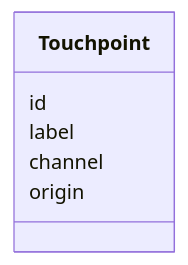
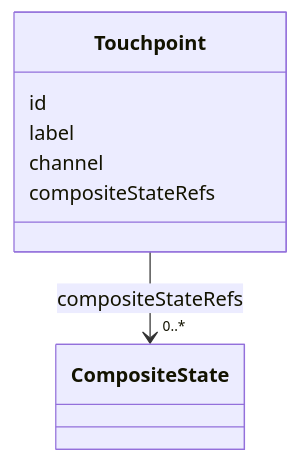
Before and after one commit to Bang2985/spec-ujg: the first of 4 diagrams in specs/ed/surface/index.md, drawn with Mermaid. The commit also changed other lines of this file and 92 other files, not shown here.

````diff
--- a/specs/ed/surface/index.md
+++ b/specs/ed/surface/index.md
@@ -39,9 +43,11 @@
 ```mermaid
 classDiagram
   class Touchpoint {
     id
     label
     channel
-    origin
+    compositeStateRefs
   }
+  class CompositeState
+  Touchpoint --> "0..*" CompositeState : compositeStateRefs
 ```
````
